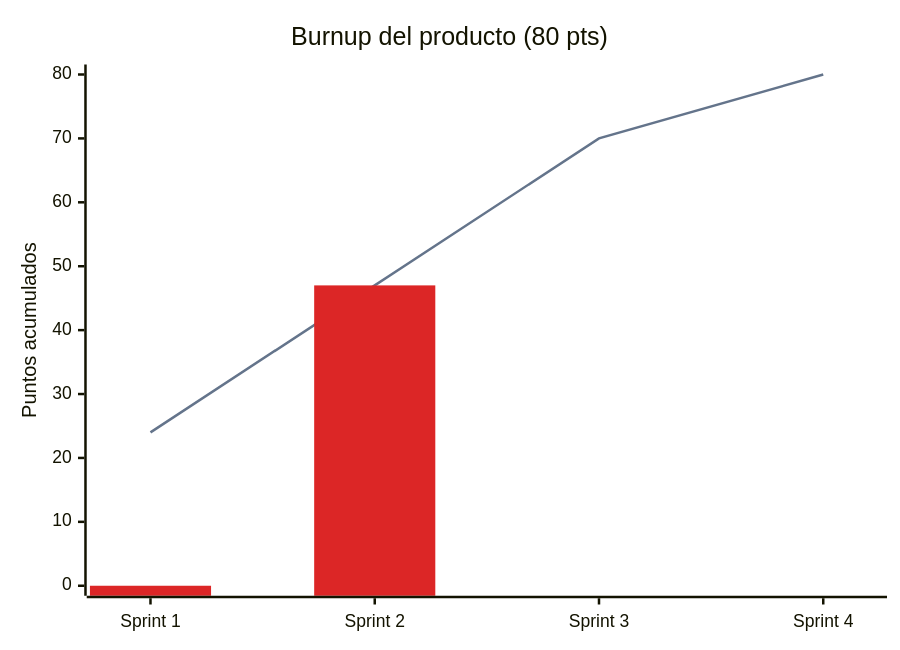
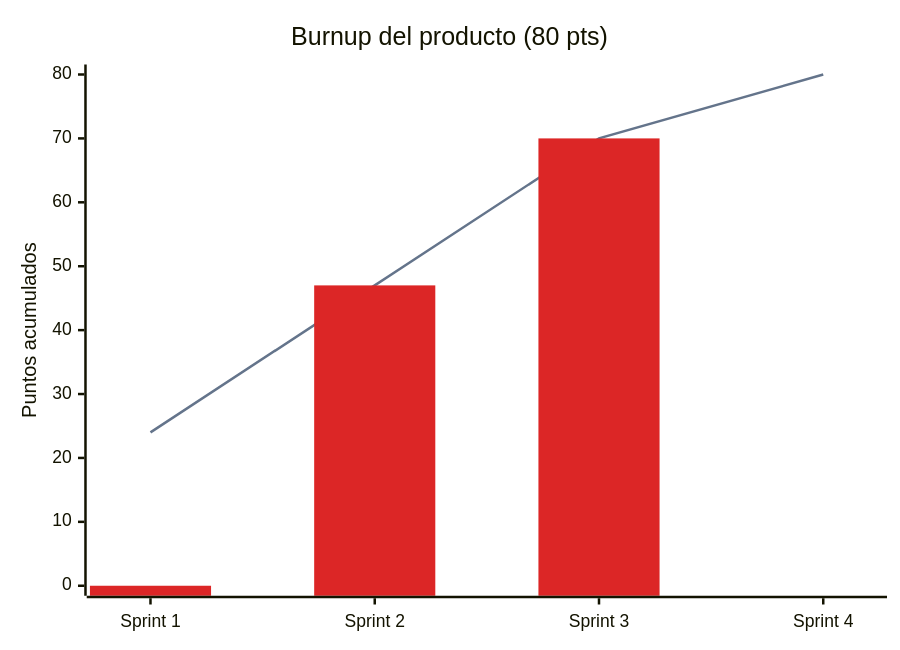
One commit to notNorthStar/Abarrotes- changed the third of 3 diagrams in docs/scrum/burndown.md. Above: the diagram before and after it, drawn with Mermaid. The commit also changed other lines of this file and 7 other files, not shown here.

````diff
--- a/docs/scrum/burndown.md
+++ b/docs/scrum/burndown.md
@@ -78,9 +92,9 @@
 ```mermaid
 %%{init: {"themeVariables": {"xyChart": {"plotColorPalette": "#64748b, #dc2626"}}}}%%
 xychart-beta
     title "Burnup del producto (80 pts)"
     x-axis ["Sprint 1", "Sprint 2", "Sprint 3", "Sprint 4"]
     y-axis "Puntos acumulados" 0 --> 80
     line [24, 47, 70, 80]
-    bar [0, 47]
+    bar [0, 47, 70]
 ```
````
